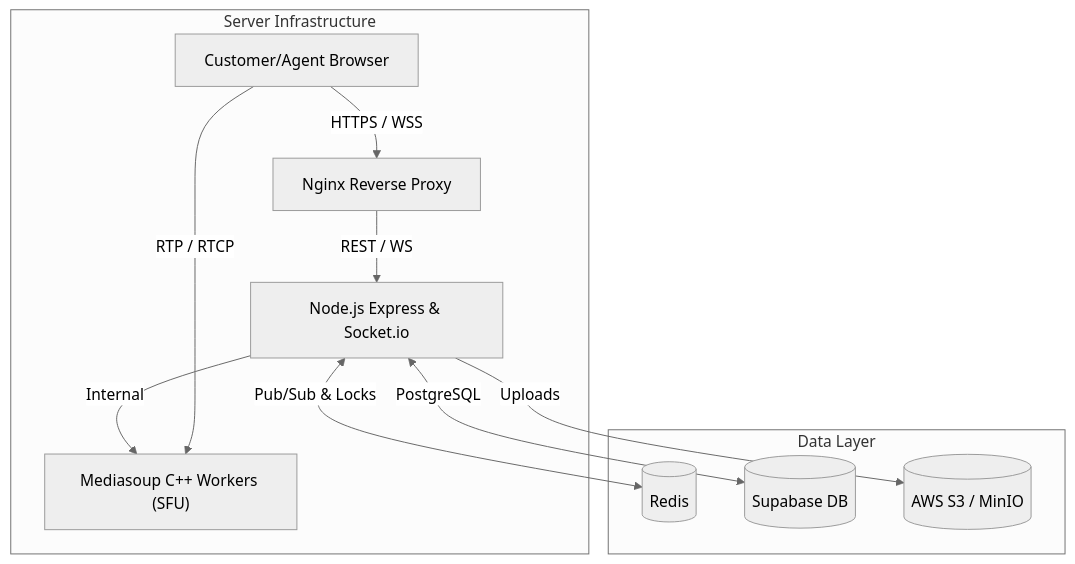
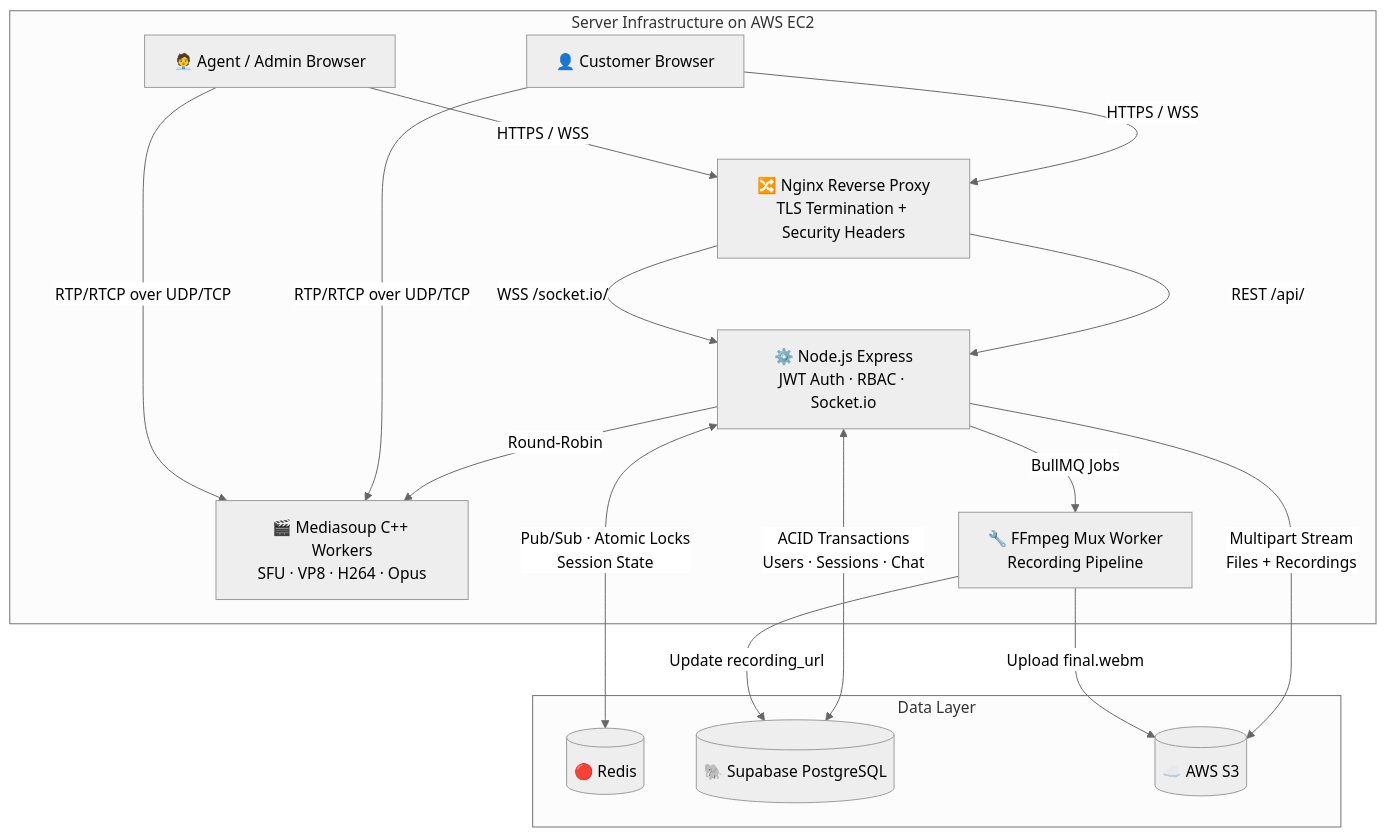
One commit to 0xnithinmys/SupportLens changed the diagram in README.md. Above: the diagram before and after it, drawn with Mermaid (neutral theme). The commit also changed other lines of this file, not shown here.

Commit message:
docs: comprehensive README with full code scan, WebSocket dictionary, architecture, and tech details

````diff
--- a/README.md
+++ b/README.md
@@ -54,16 +130,22 @@
 ```mermaid
 flowchart TD
-    Client["Customer/Agent Browser"] -->|HTTPS / WSS| Nginx["Nginx Reverse Proxy"]
-    
-    subgraph Server Infrastructure
-        Nginx -->|REST / WS| Node["Node.js Express & Socket.io"]
-        Node -->|Internal| Mediasoup["Mediasoup C++ Workers (SFU)"]
-        Client -->|RTP / RTCP| Mediasoup
+    Customer["👤 Customer Browser"] -->|HTTPS / WSS| Nginx["🔀 Nginx Reverse Proxy\nTLS Termination + Security Headers"]
+    Agent["🧑‍💼 Agent / Admin Browser"] -->|HTTPS / WSS| Nginx
+
+    subgraph Server Infrastructure on AWS EC2
+        Nginx -->|REST /api/| Node["⚙️ Node.js Express\nJWT Auth · RBAC · Socket.io"]
+        Nginx -->|WSS /socket.io/| Node
+        Node -->|Round-Robin| Mediasoup["🎬 Mediasoup C++ Workers\nSFU · VP8 · H264 · Opus"]
+        Customer -->|RTP/RTCP over UDP/TCP| Mediasoup
+        Agent -->|RTP/RTCP over UDP/TCP| Mediasoup
+        Node -->|BullMQ Jobs| Worker["🔧 FFmpeg Mux Worker\nRecording Pipeline"]
     end
-    
+
     subgraph Data Layer
-        Node <-->|Pub/Sub & Locks| Redis[("Redis")]
-        Node <-->|PostgreSQL| Supabase[("Supabase DB")]
-        Node -->|Uploads| S3[("AWS S3 / MinIO")]
+        Node <-->|"Pub/Sub · Atomic Locks\nSession State"| Redis[("🔴 Redis")]
+        Node <-->|"ACID Transactions\nUsers · Sessions · Chat"| Supabase[("🐘 Supabase PostgreSQL")]
+        Node -->|"Multipart Stream\nFiles + Recordings"| S3[("☁️ AWS S3")]
+        Worker -->|Upload final.webm| S3
+        Worker -->|Update recording_url| Supabase
     end
 ```
````
